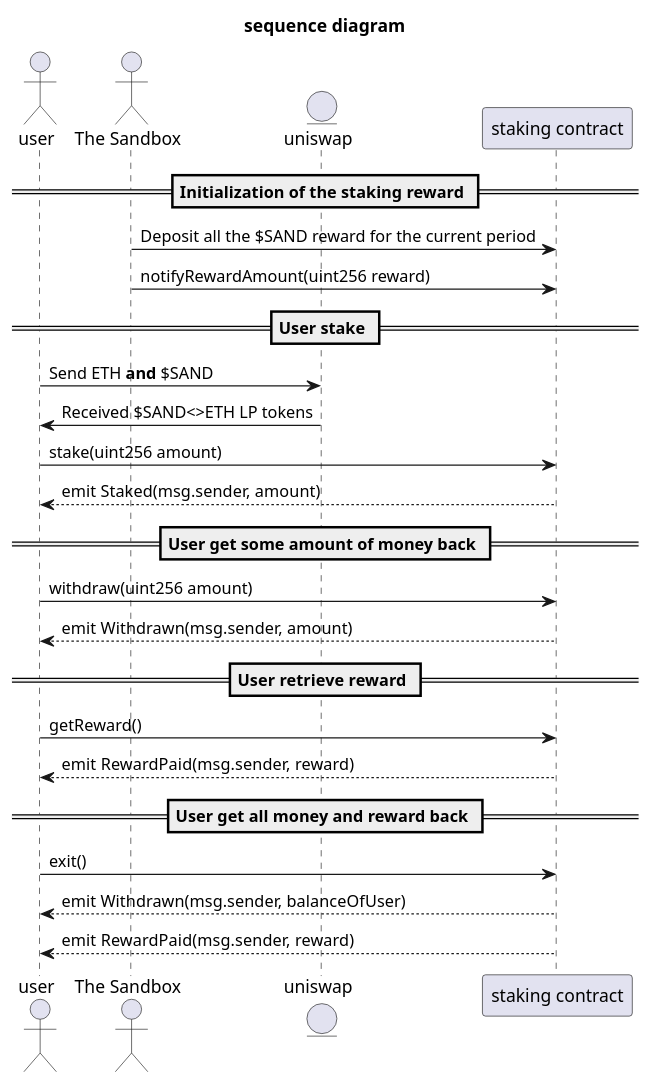
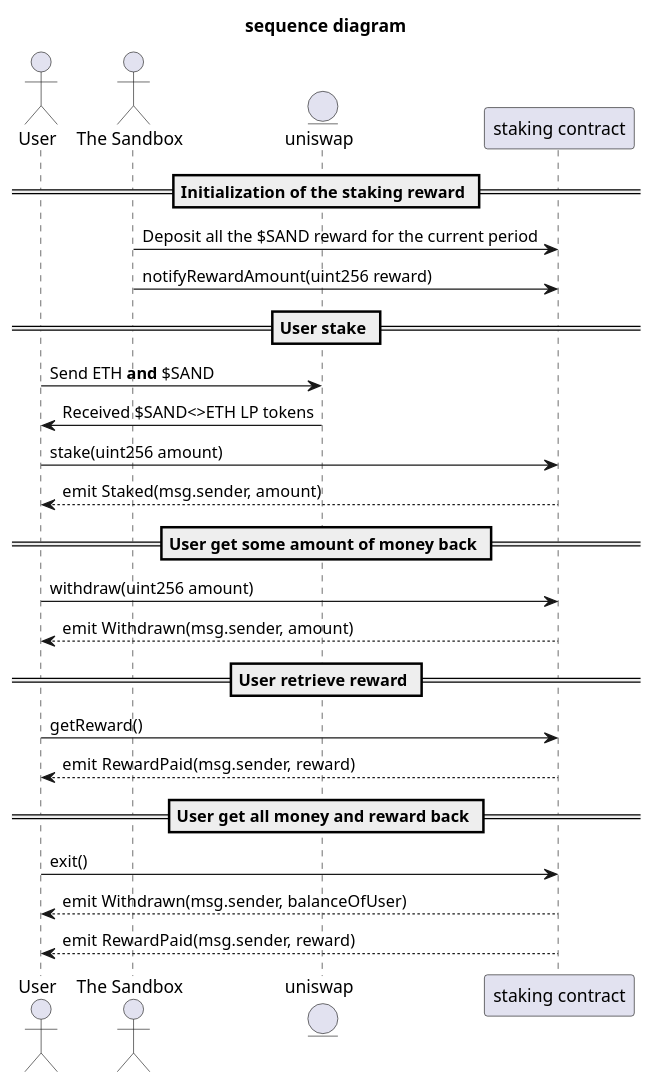
The first of 2 diagrams in docs/topics/defi/liquidity-provider/sand-staking.md (thesandboxgame/sandbox-smart-contracts), drawn with PlantUML before and after one commit. The commit also changed other lines of this file and 4 other files, not shown here.

````diff
--- a/docs/topics/defi/liquidity-provider/sand-staking.md
+++ b/docs/topics/defi/liquidity-provider/sand-staking.md
@@ -41,29 +41,29 @@
 ```plantuml
 title sequence diagram
 
-actor user
+actor User
 actor "The Sandbox"
 entity uniswap
 
 == Initialization of the staking reward ==
 "The Sandbox" -> "staking contract": Deposit all the $SAND reward for the current period
 "The Sandbox" -> "staking contract": notifyRewardAmount(uint256 reward)
 
 == User stake ==
-user -> uniswap: Send ETH **and** $SAND
-uniswap -> user: Received $SAND<>ETH LP tokens
-user -> "staking contract": stake(uint256 amount)
-"staking contract" --> user: emit Staked(msg.sender, amount)
+User -> uniswap: Send ETH **and** $SAND
+uniswap -> User: Received $SAND<>ETH LP tokens
+User -> "staking contract": stake(uint256 amount)
+"staking contract" --> User: emit Staked(msg.sender, amount)
 
 == User get some amount of money back ==
-user -> "staking contract": withdraw(uint256 amount)
-"staking contract" --> user: emit Withdrawn(msg.sender, amount)
+User -> "staking contract": withdraw(uint256 amount)
+"staking contract" --> User: emit Withdrawn(msg.sender, amount)
 == User retrieve reward ==
-user -> "staking contract": getReward()
-"staking contract" --> user: emit RewardPaid(msg.sender, reward)
+User -> "staking contract": getReward()
+"staking contract" --> User: emit RewardPaid(msg.sender, reward)
 
 == User get all money and reward back ==
-user -> "staking contract": exit()
-"staking contract" --> user: emit Withdrawn(msg.sender, balanceOfUser)
-"staking contract" --> user: emit RewardPaid(msg.sender, reward)
+User -> "staking contract": exit()
+"staking contract" --> User: emit Withdrawn(msg.sender, balanceOfUser)
+"staking contract" --> User: emit RewardPaid(msg.sender, reward)
 ```
````
